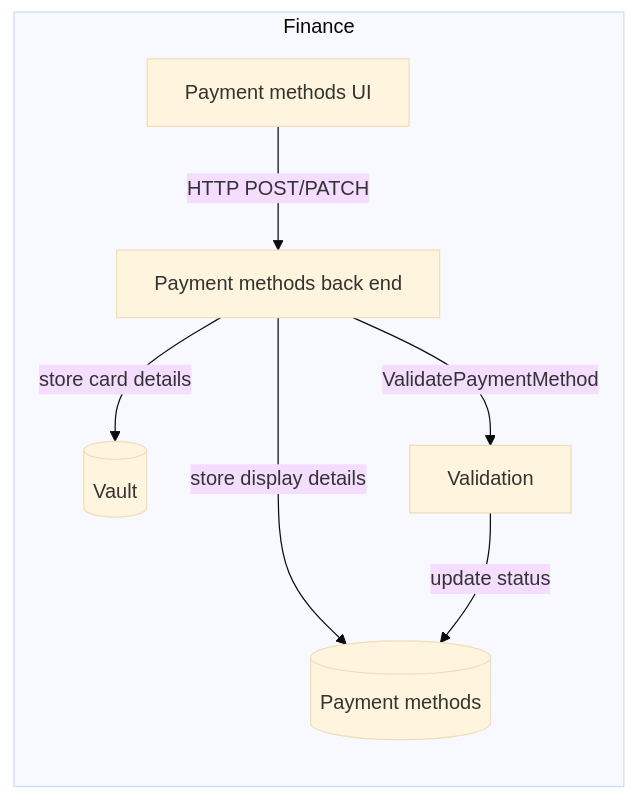
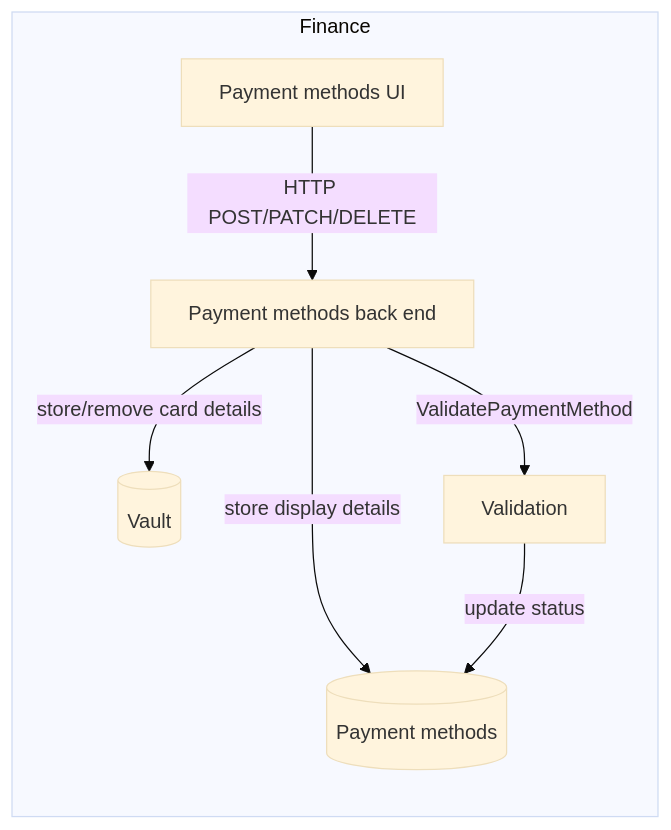
The third of 5 diagrams in _drafts/four-plus-one-views.md (mauroservienti/milestone.github.io), drawn with Mermaid (base theme) before and after one commit. The commit also changed other lines of this file, not shown here.

```diff
--- a/_drafts/four-plus-one-views.md
+++ b/_drafts/four-plus-one-views.md
@@ -118,15 +119,15 @@
 <div class="mermaid">
 flowchart LR
   subgraph Finance
     UI[Payment methods UI]
     API[Payment methods back end]
     V[(Vault)]
     PMDB[(Payment methods)]
     VAL[Validation]
   end
-  UI -- HTTP POST/PATCH --> API
-  API -- store card details --> V
+  UI -- HTTP POST/PATCH/DELETE --> API
+  API -- store/remove card details --> V
   API -- store display details --> PMDB
   API -- ValidatePaymentMethod --> VAL
   VAL -- update status --> PMDB
 </div>
```
